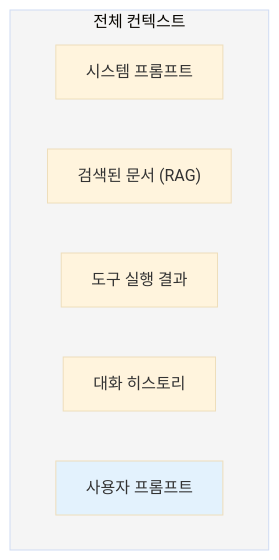
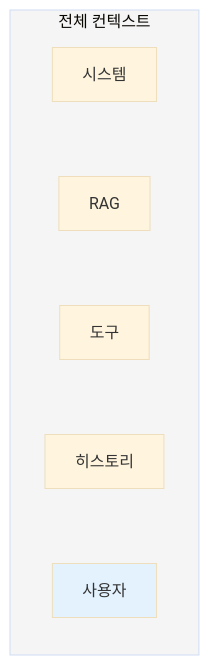
The second of 12 diagrams in content/posts/2025-10-10-context-engineering-fundamentals.md (Gyeom/dev-notes), drawn with Mermaid (base theme) before and after one commit. The commit also changed other lines of this file and 7 other files, not shown here.

First line of the commit message:
Fix: 전체 포스트 Mermaid 다이어그램 가로 배치 적용

````diff
--- a/content/posts/2025-10-10-context-engineering-fundamentals.md
+++ b/content/posts/2025-10-10-context-engineering-fundamentals.md
@@ -56,13 +56,9 @@
 ```mermaid
-flowchart TB
+flowchart LR
     subgraph Context["전체 컨텍스트"]
-        S["시스템 프롬프트"]
-        R["검색된 문서 (RAG)"]
-        T["도구 실행 결과"]
-        H["대화 히스토리"]
-        U["사용자 프롬프트"]
+        S["시스템"] ~~~ R["RAG"] ~~~ T["도구"] ~~~ H["히스토리"] ~~~ U["사용자"]
     end
 
     style U fill:#E3F2FD
     style Context fill:#F5F5F5
 ```
````
